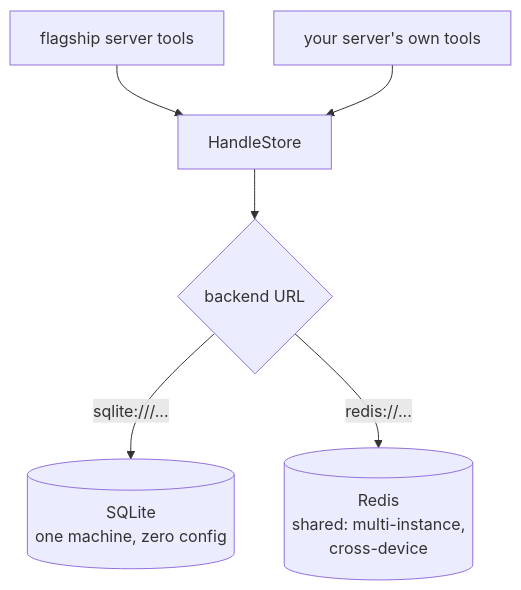
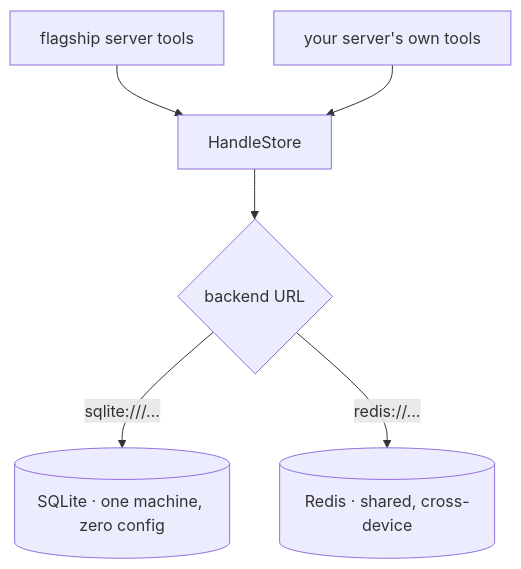
The third of 3 diagrams in README.md (varmabudharaju/mcpstate), drawn with Mermaid before and after one commit. The commit also changed other lines of this file and 8 other files, not shown here.

````diff
--- a/README.md
+++ b/README.md
@@ -173,8 +203,8 @@
 ```mermaid
 flowchart TD
     T[flagship server tools] --> HS[HandleStore]
     LIB[your server's own tools] --> HS
     HS --> B{backend URL}
-    B -- "sqlite:///..." --> SQ[(SQLite\none machine, zero config)]
-    B -- "redis://..." --> RD[(Redis\nshared: multi-instance,\ncross-device)]
+    B -- "sqlite:///..." --> SQ[(SQLite · one machine, zero config)]
+    B -- "redis://..." --> RD[(Redis · shared, cross-device)]
 ```
````
